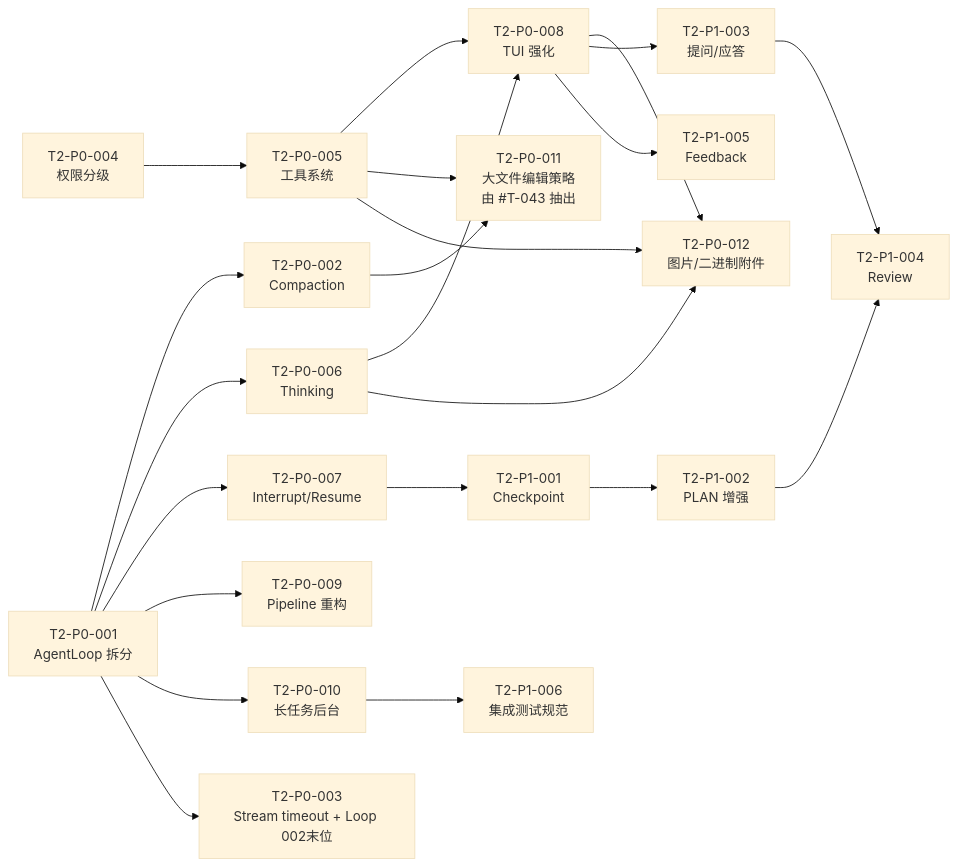
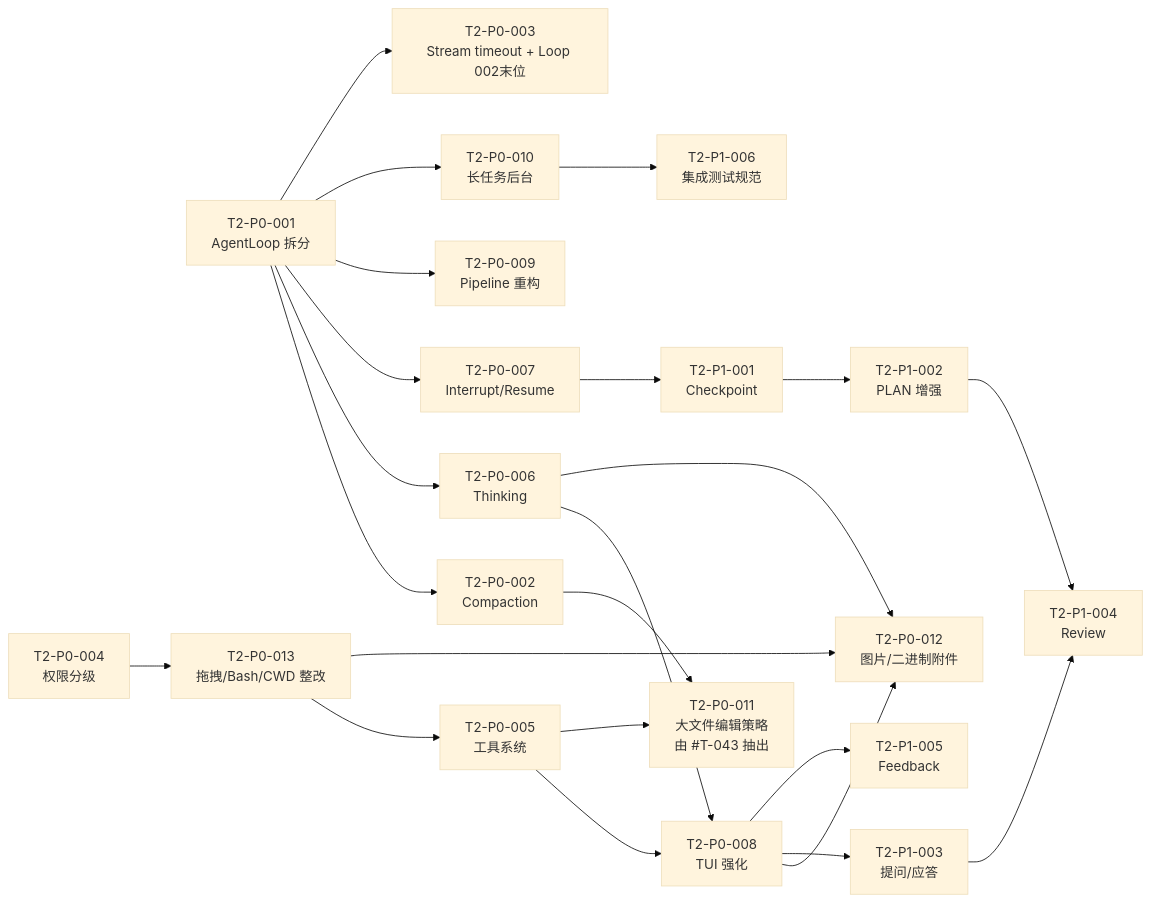
Before and after one commit to teisun/tomcat-agent: the diagram in pi-rust-wasm/agents/TASK_BOARD_002.md, drawn with Mermaid (base theme). The commit also changed other lines of this file, not shown here.

````diff
--- a/pi-rust-wasm/agents/TASK_BOARD_002.md
+++ b/pi-rust-wasm/agents/TASK_BOARD_002.md
@@ -767,24 +807,25 @@
 ```mermaid
 flowchart LR
     P001[T2-P0-001<br/>AgentLoop 拆分] --> P002[T2-P0-002<br/>Compaction]
     P001 --> P006[T2-P0-006<br/>Thinking]
     P001 --> P007[T2-P0-007<br/>Interrupt/Resume]
     P001 --> P009[T2-P0-009<br/>Pipeline 重构]
     P001 --> P010[T2-P0-010<br/>长任务后台]
     P001 --> P003[T2-P0-003<br/>Stream timeout + Loop 002末位]
-    P004[T2-P0-004<br/>权限分级] --> P005[T2-P0-005<br/>工具系统]
+    P004[T2-P0-004<br/>权限分级] --> P013[T2-P0-013<br/>拖拽/Bash/CWD 整改]
+    P013 --> P005[T2-P0-005<br/>工具系统]
+    P013 --> P012[T2-P0-012<br/>图片/二进制附件]
     P005 --> P008[T2-P0-008<br/>TUI 强化]
     P006 --> P008
     P002 --> P011[T2-P0-011<br/>大文件编辑策略<br/>由 #T-043 抽出]
     P005 --> P011
-    P005 --> P012[T2-P0-012<br/>图片/二进制附件]
     P006 --> P012
     P008 --> P012
     P007 --> P101[T2-P1-001<br/>Checkpoint]
     P101 --> P102[T2-P1-002<br/>PLAN 增强]
     P008 --> P103[T2-P1-003<br/>提问/应答]
     P102 --> P104[T2-P1-004<br/>Review]
     P103 --> P104
     P008 --> P105[T2-P1-005<br/>Feedback]
     P010 --> P106[T2-P1-006<br/>集成测试规范]
 ```
````
